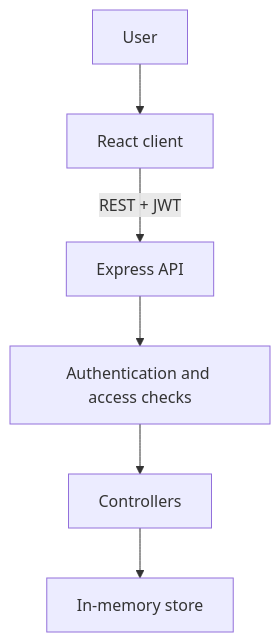
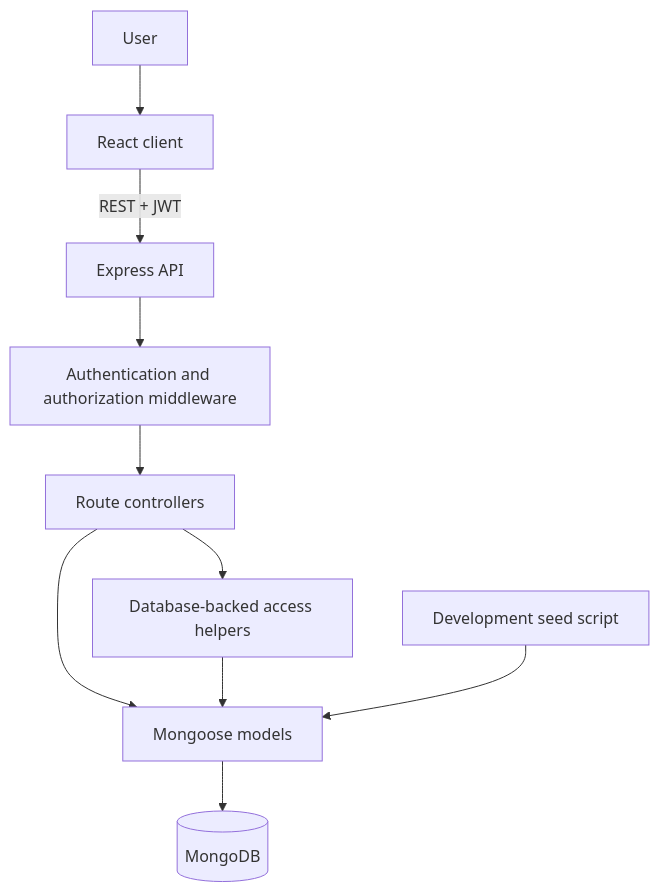
Before and after one commit to SanukaWaravita/collaboard_2: the diagram in README.md, drawn with Mermaid. The commit also changed other lines of this file and 1 other file, not shown here.

Commit message:
docs: document MongoDB persistence

````diff
--- a/README.md
+++ b/README.md
@@ -491,8 +548,12 @@
 ```mermaid
 flowchart TD
     User[User] --> Client[React client]
     Client -->|REST + JWT| API[Express API]
-    API --> Auth[Authentication and access checks]
-    Auth --> Controllers[Controllers]
-    Controllers --> Store[In-memory store]
+    API --> Middleware[Authentication and authorization middleware]
+    Middleware --> Controllers[Route controllers]
+    Controllers --> Access[Database-backed access helpers]
+    Controllers --> Models[Mongoose models]
+    Access --> Models
+    Models --> MongoDB[(MongoDB)]
+    Seed[Development seed script] --> Models
 ```
````
